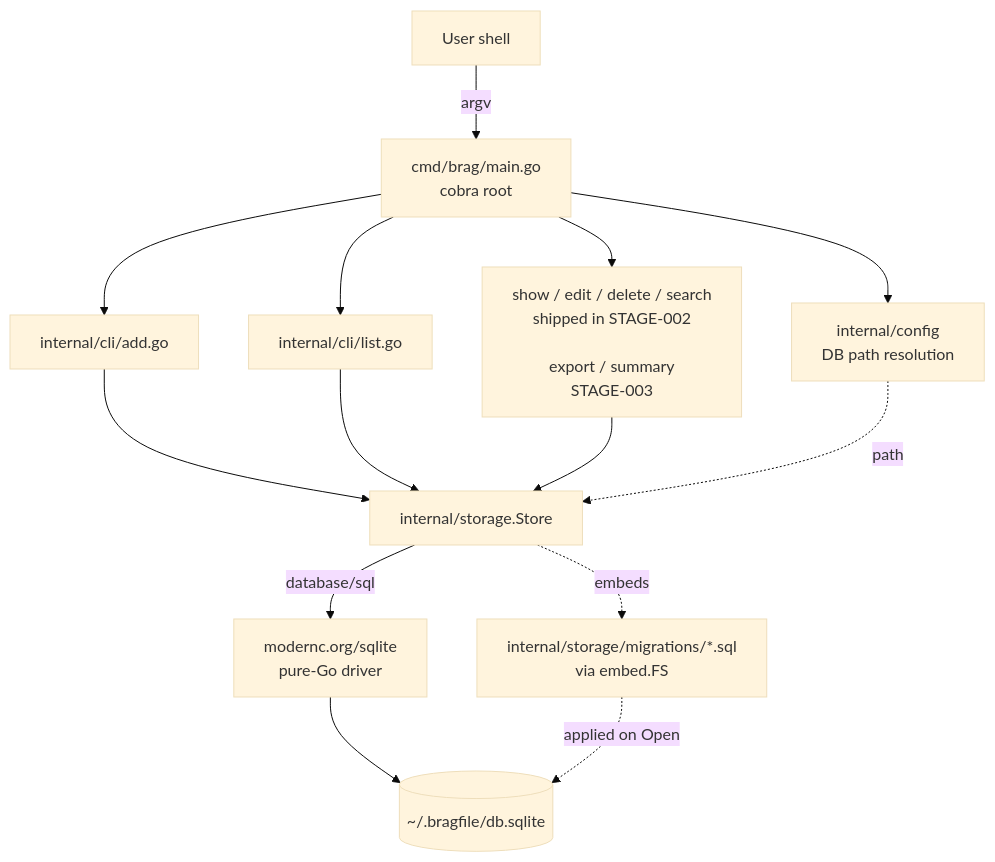
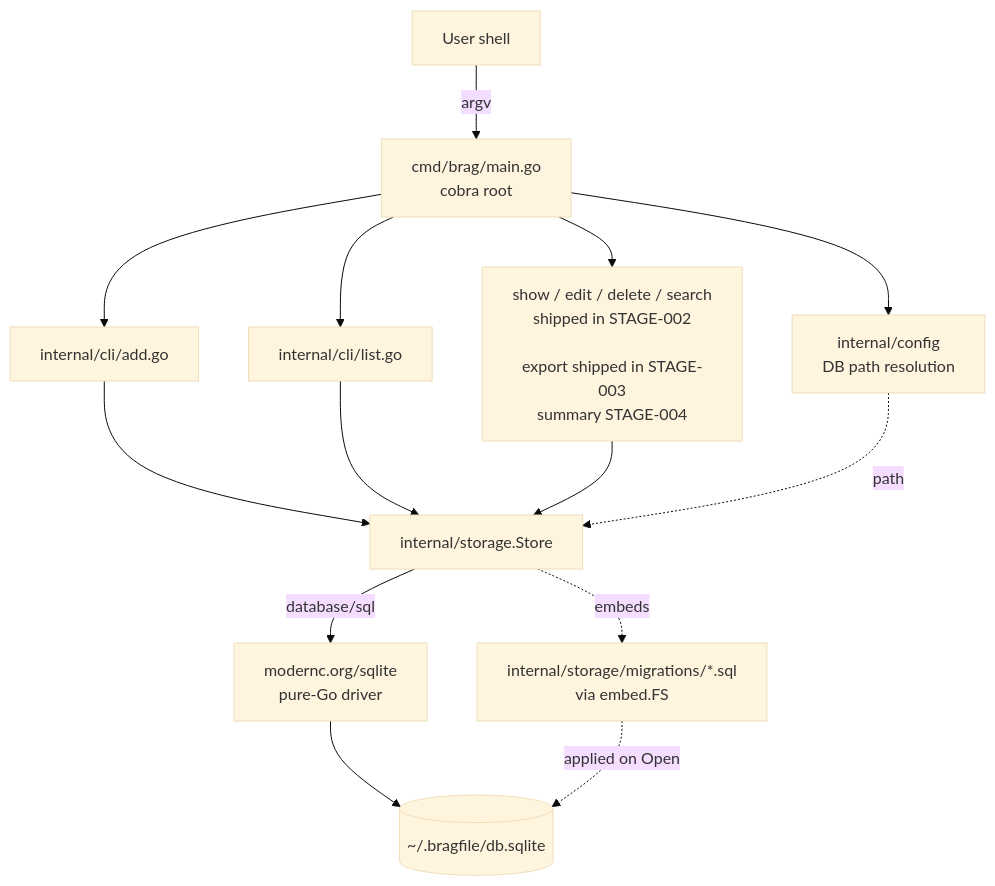
Before and after one commit to jysf/bragfile000: the diagram in docs/architecture.md, drawn with Mermaid (base theme). The commit also changed 13 other files, not shown here.

````diff
--- a/docs/architecture.md
+++ b/docs/architecture.md
@@ -19,16 +19,16 @@
 ```mermaid
 graph TD
     User[User shell] -->|argv| Main[cmd/brag/main.go<br/>cobra root]
     Main --> AddCmd[internal/cli/add.go]
     Main --> ListCmd[internal/cli/list.go]
-    Main --> OtherCmds[show / edit / delete / search<br/>shipped in STAGE-002<br/><br/>export / summary<br/>STAGE-003]
+    Main --> OtherCmds[show / edit / delete / search<br/>shipped in STAGE-002<br/><br/>export shipped in STAGE-003<br/>summary STAGE-004]
     AddCmd --> Store[internal/storage.Store]
     ListCmd --> Store
     OtherCmds --> Store
     Main --> Config[internal/config<br/>DB path resolution]
     Config -.path.-> Store
     Store -->|database/sql| Driver[modernc.org/sqlite<br/>pure-Go driver]
     Driver --> DB[(~/.bragfile/db.sqlite)]
     Store -.embeds.-> Migrations[internal/storage/migrations/*.sql<br/>via embed.FS]
     Migrations -.applied on Open.-> DB
 ```
````
